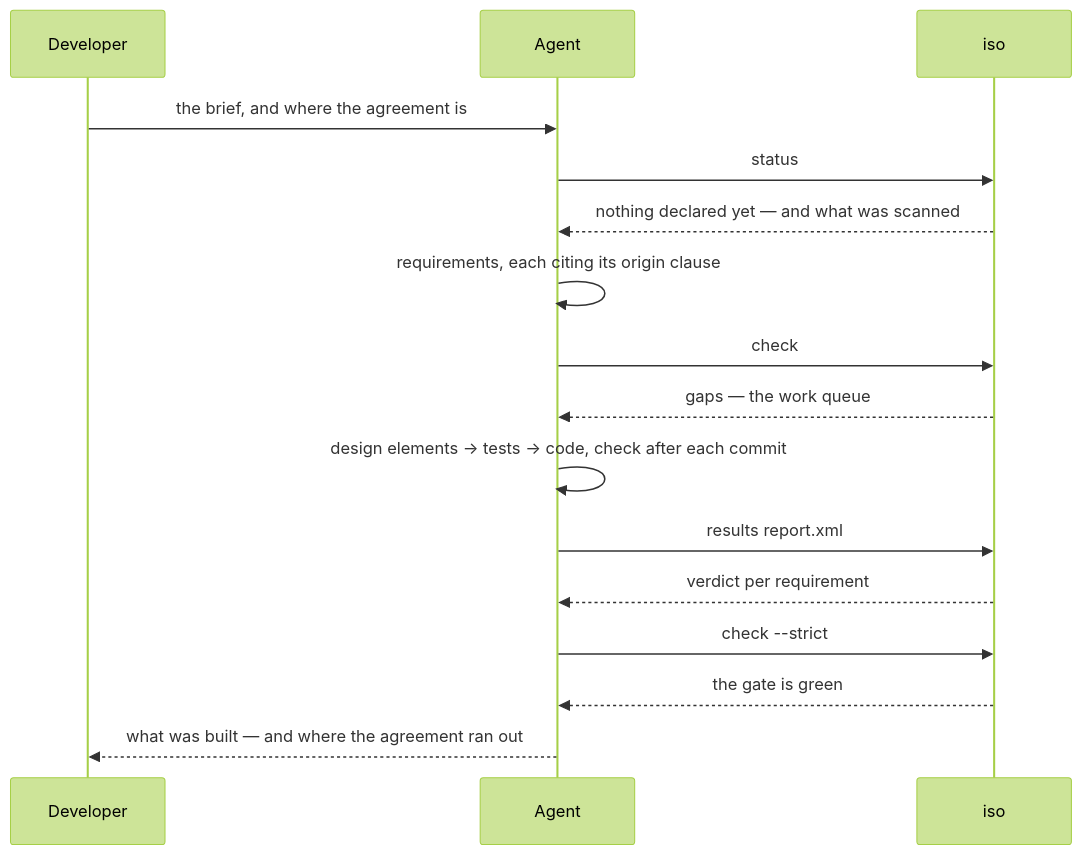
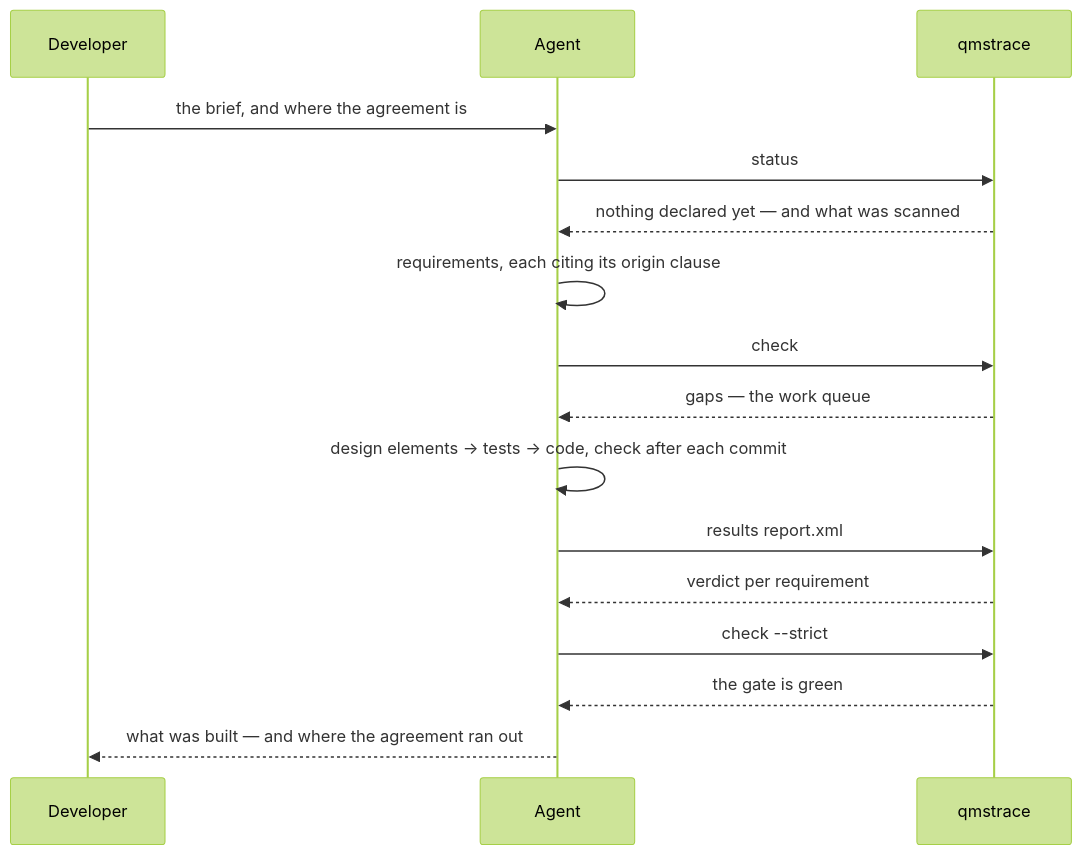
The second of 4 diagrams in docs/design/surface-architecture.md (Lightbridge-KS/qmstrace), drawn with Mermaid (forest theme) before and after one commit. The commit also changed other lines of this file and 6 other files, not shown here.

````diff
--- a/docs/design/surface-architecture.md
+++ b/docs/design/surface-architecture.md
@@ -125,18 +127,18 @@
 ```mermaid
 sequenceDiagram
     participant D as Developer
     participant A as Agent
-    participant T as iso
+    participant T as qmstrace
     D->>A: the brief, and where the agreement is
     A->>T: status
     T-->>A: nothing declared yet — and what was scanned
     A->>A: requirements, each citing its origin clause
     A->>T: check
     T-->>A: gaps — the work queue
     A->>A: design elements → tests → code, check after each commit
     A->>T: results report.xml
     T-->>A: verdict per requirement
     A->>T: check --strict
     T-->>A: the gate is green
     A-->>D: what was built — and where the agreement ran out
 ```
````
